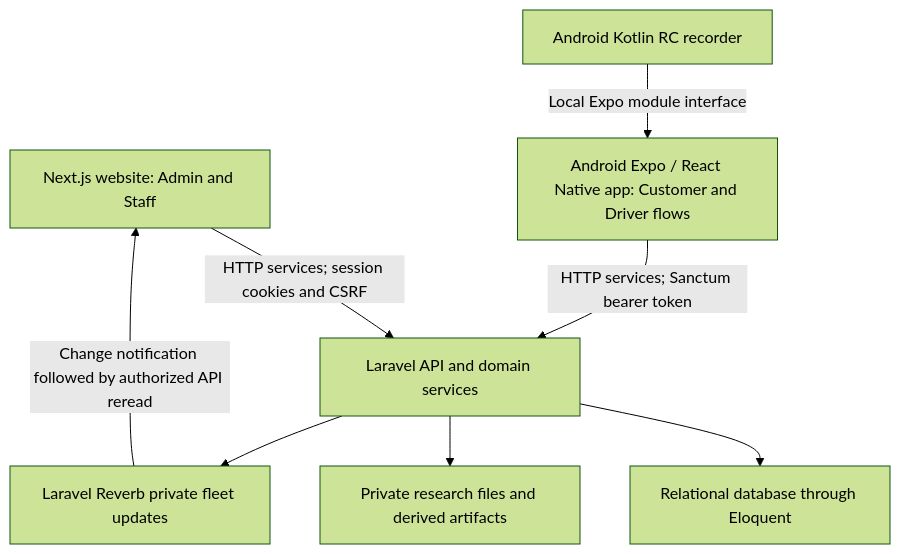
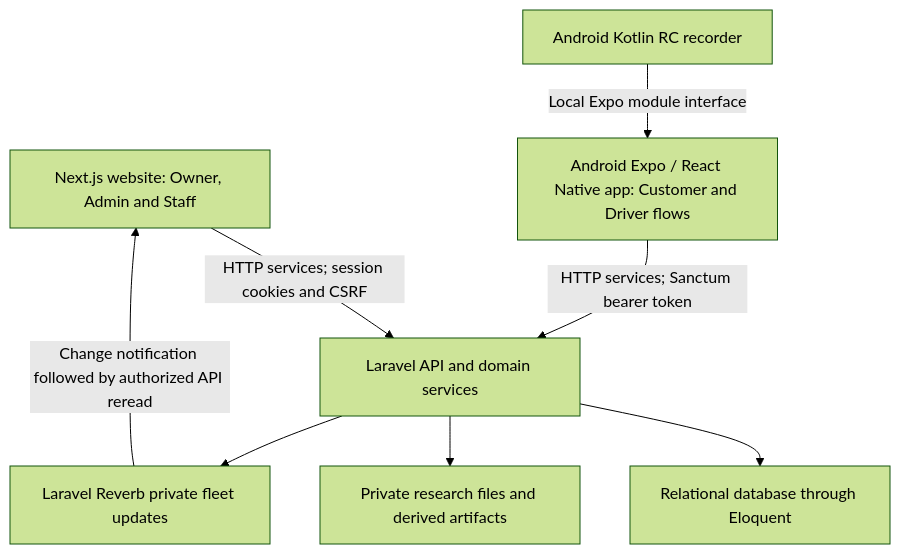
One commit to M-Juss/jamjade-car-rental changed the diagram in docs/system-architecture-and-technologies.md. Above: the diagram before and after it, drawn with Mermaid (forest theme). The commit also changed other lines of this file and 214 other files, not shown here.

````diff
--- a/docs/system-architecture-and-technologies.md
+++ b/docs/system-architecture-and-technologies.md
@@ -19,10 +19,10 @@
 ```mermaid
 flowchart TD
-    W[Next.js website: Admin and Staff] -->|HTTP services; session cookies and CSRF| B[Laravel API and domain services]
+    W[Next.js website: Owner, Admin and Staff] -->|HTTP services; session cookies and CSRF| B[Laravel API and domain services]
     M[Android Expo / React Native app: Customer and Driver flows] -->|HTTP services; Sanctum bearer token| B
     R[Android Kotlin RC recorder] -->|Local Expo module interface| M
     B --> D[Relational database through Eloquent]
     B --> F[Private research files and derived artifacts]
     B --> V[Laravel Reverb private fleet updates]
     V -->|Change notification followed by authorized API reread| W
 ```
````
